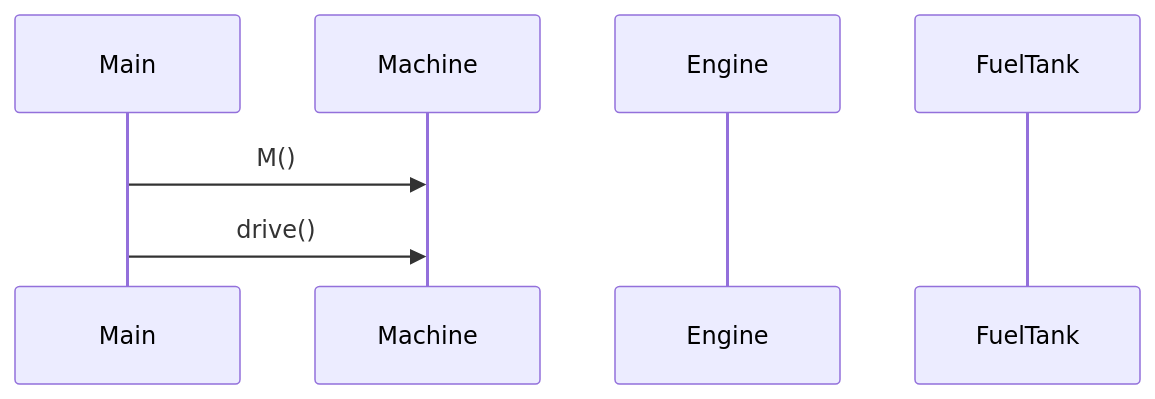
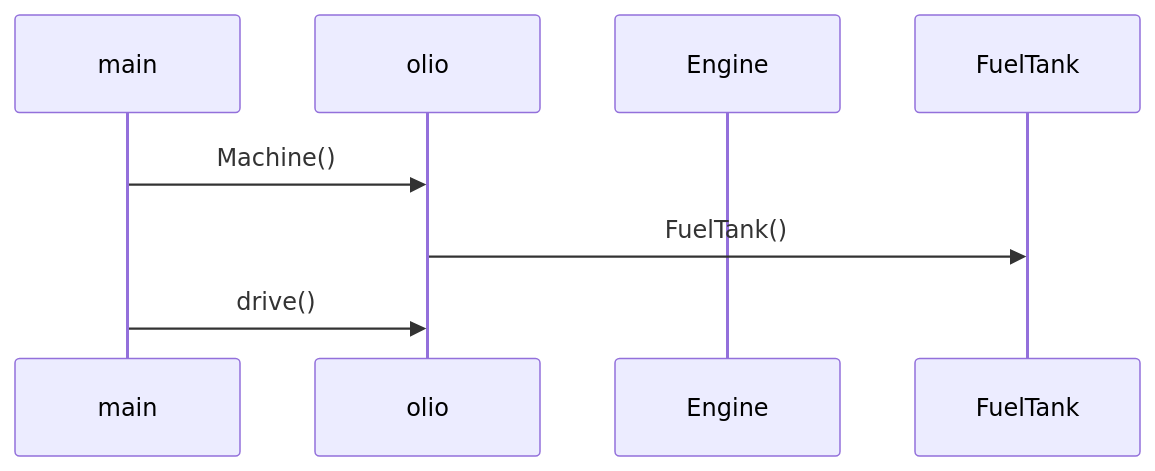
Before and after one commit to maijams/ot-harjoitustyo: the diagram in laskarit/viikko3/tehtava3.md, drawn with Mermaid.

````diff
--- a/laskarit/viikko3/tehtava3.md
+++ b/laskarit/viikko3/tehtava3.md
@@ -1,11 +1,11 @@
 ```mermaid
 sequenceDiagram
-    participant Main
-    participant Machine
+    participant main
+    participant olio
     participant Engine
     participant FuelTank
     
-    Main->>Machine: M()
-
-    Main->>Machine: drive()
+    main->>olio: Machine()
+    olio->>FuelTank: FuelTank() 
+    main->>olio: drive()
 ```
````
